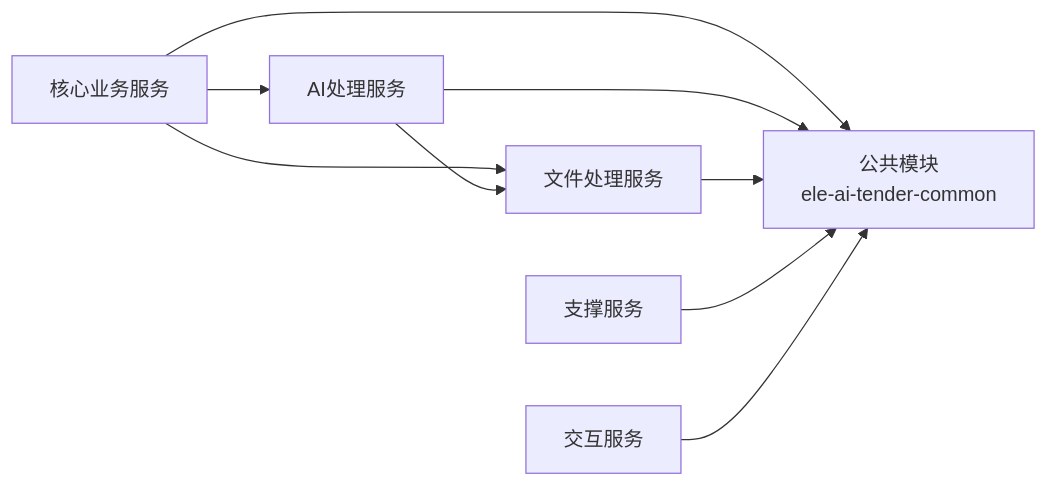
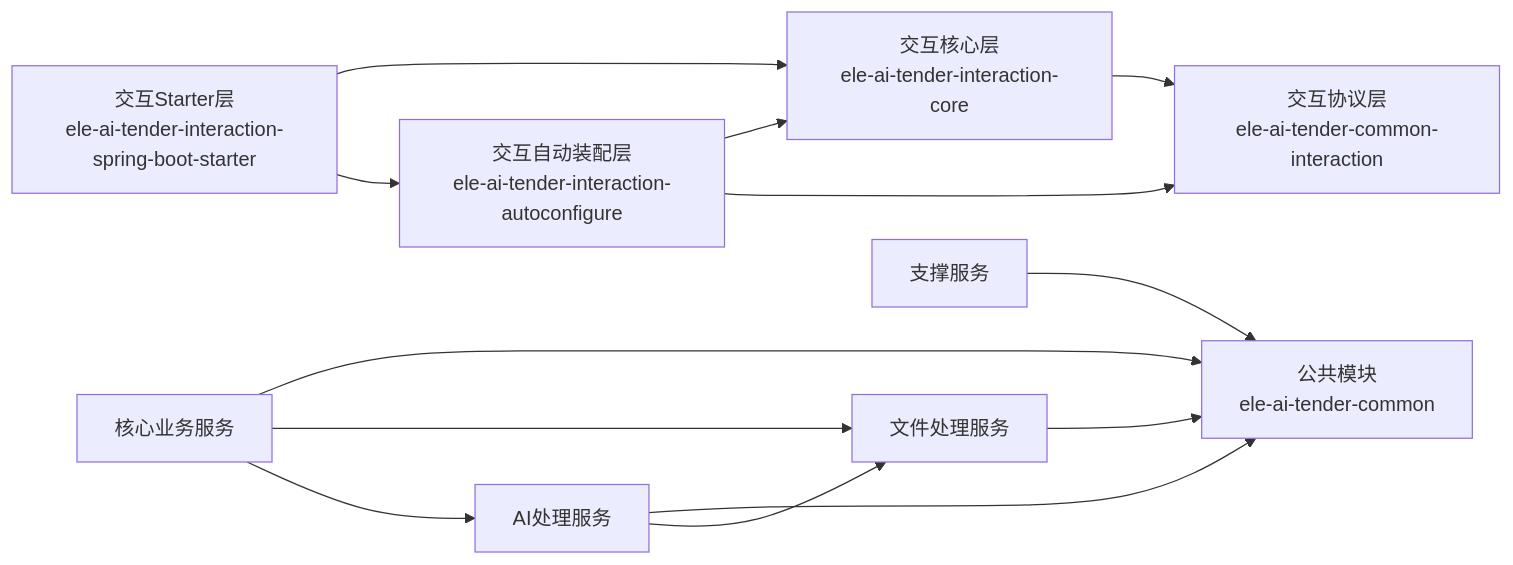
The ninth of 11 diagrams in .qoder/repowiki/zh/content/架构设计/微服务架构.md (DrunkFood/First), drawn with Mermaid before and after one commit. The commit also changed other lines of this file and 66 other files, not shown here.

````diff
--- a/.qoder/repowiki/zh/content/架构设计/微服务架构.md
+++ b/.qoder/repowiki/zh/content/架构设计/微服务架构.md
@@ -304,17 +357,24 @@
 ```mermaid
 graph LR
 common["公共模块<br/>ele-ai-tender-common"]
+common_interaction["交互协议层<br/>ele-ai-tender-common-interaction"]
+interaction_core["交互核心层<br/>ele-ai-tender-interaction-core"]
+autoconfigure["交互自动装配层<br/>ele-ai-tender-interaction-autoconfigure"]
+starter["交互Starter层<br/>ele-ai-tender-interaction-spring-boot-starter"]
 core["核心业务服务"]
 ai["AI处理服务"]
 file["文件处理服务"]
 support["支撑服务"]
-interaction["交互服务"]
 core --> common
 ai --> common
 file --> common
 support --> common
 core --> file
 ai --> file
 core --> ai
-interaction --> common
+interaction_core --> common_interaction
+autoconfigure --> interaction_core
+autoconfigure --> common_interaction
+starter --> interaction_core
+starter --> autoconfigure
 ```
````
